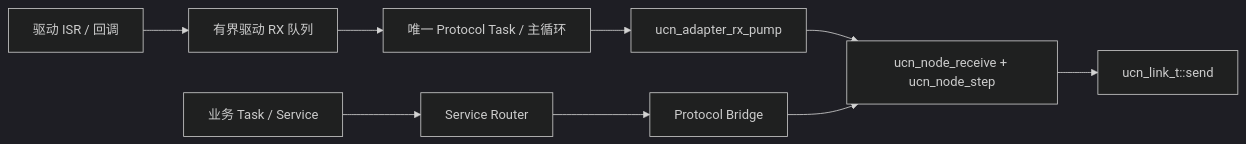
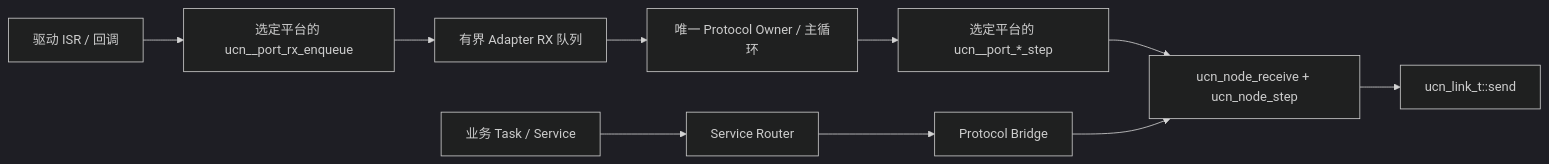
One commit to ice-infinite/UCN changed the diagram in docs/快速使用手册/README.md. Above: the diagram before and after it, drawn with Mermaid (dark theme). The commit also changed other lines of this file and 127 other files, not shown here.

````diff
--- a/docs/快速使用手册/README.md
+++ b/docs/快速使用手册/README.md
@@ -20,11 +32,12 @@
 ```mermaid
 flowchart LR
-    D["驱动 ISR / 回调"] --> Q["有界驱动 RX 队列"]
-    Q --> P["唯一 Protocol Task / 主循环"]
-    P --> A["ucn_adapter_rx_pump"]
+    D["驱动 ISR / 回调"] --> O["选定平台的 ucn_<platform>_port_rx_enqueue"]
+    O --> Q["有界 Adapter RX 队列"]
+    Q --> P["唯一 Protocol Owner / 主循环"]
+    P --> A["选定平台的 ucn_<platform>_port_*_step"]
     A --> N["ucn_node_receive + ucn_node_step"]
     S["业务 Task / Service"] --> R["Service Router"]
     R --> B["Protocol Bridge"]
     B --> N
     N --> L["ucn_link_t::send"]
 ```
````
